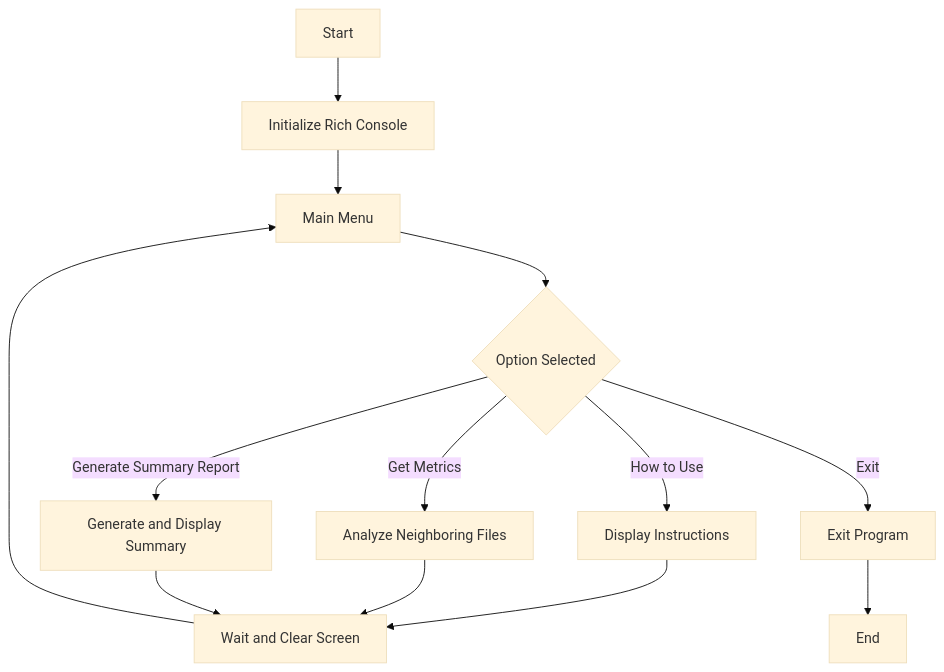
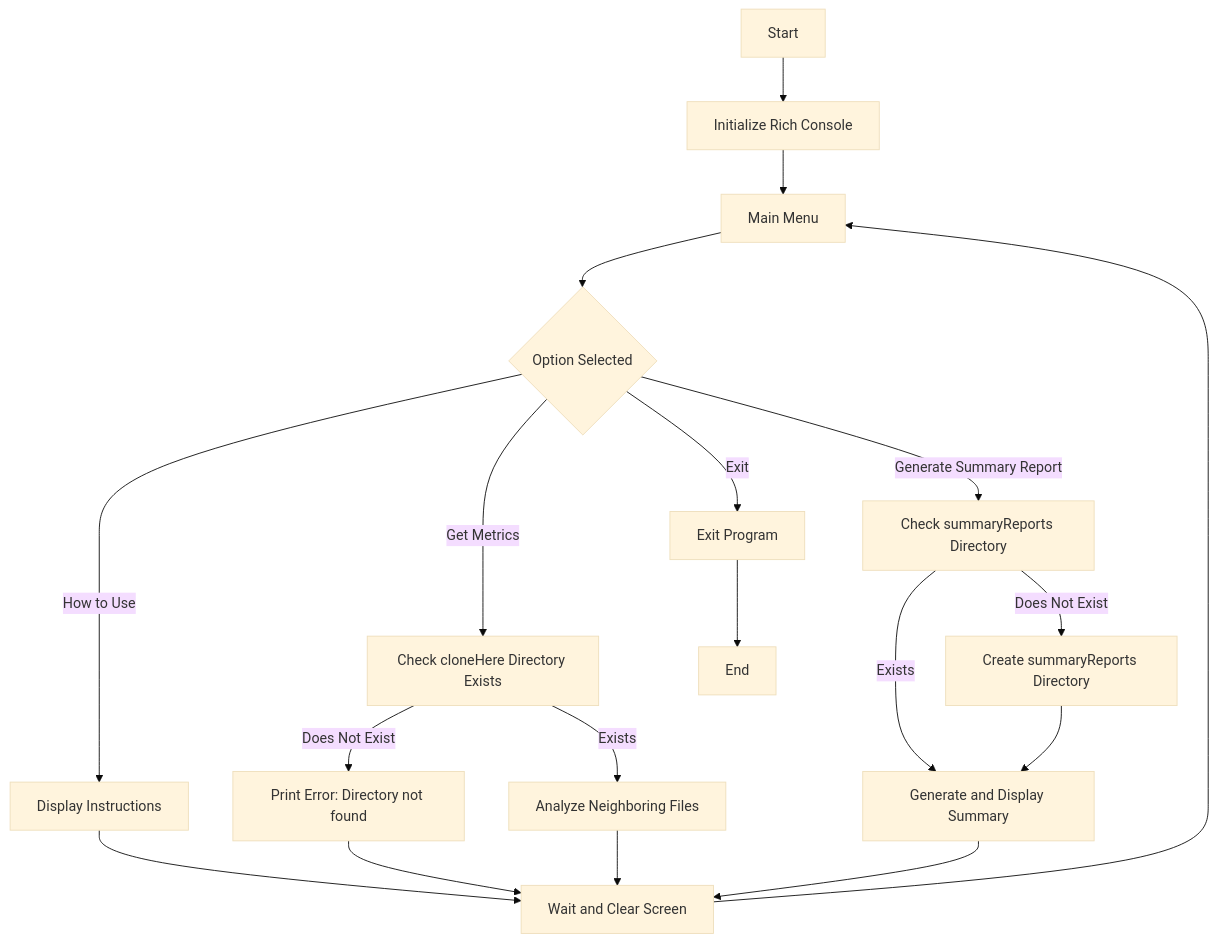
One commit to kendalllcs/CMTT changed the diagram in README.md. Above: the diagram before and after it, drawn with Mermaid (base theme).

Commit message:
enhanced mermaid

````diff
--- a/README.md
+++ b/README.md
@@ -35,14 +35,20 @@
 ```mermaid
 flowchart TD;
     A[Start] --> B[Initialize Rich Console]
     B --> C[Main Menu]
     C --> D{Option Selected}
     D -->|How to Use| E[Display Instructions]
-    D -->|Get Metrics| F[Analyze Neighboring Files]
-    D -->|Generate Summary Report| G[Generate and Display Summary]
+    D -->|Get Metrics| F1[Check cloneHere Directory Exists]
+    F1 -->|Exists| F[Analyze Neighboring Files]
+    F1 -->|Does Not Exist| F2[Print Error: Directory not found]
+    D -->|Generate Summary Report| G1[Check summaryReports Directory]
+    G1 -->|Exists| G[Generate and Display Summary]
+    G1 -->|Does Not Exist| G2[Create summaryReports Directory]
+    G2 --> G
     D -->|Exit| H[Exit Program]
     E --> I[Wait and Clear Screen] --> C
+    F2 --> I
     F --> I
     G --> I
     H --> J[End]
 ```
````
